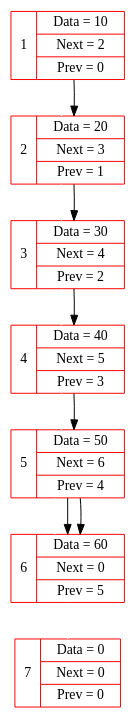
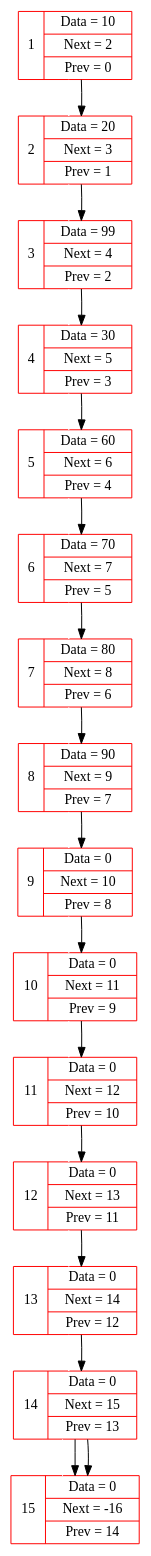
One commit to vktr-ktzv/My_List changed the diagram in example2.dot. Above: the diagram before and after it, drawn with Graphviz. The commit also changed 6 other files, not shown here.

```diff
--- a/example2.dot
+++ b/example2.dot
@@ -1,25 +1,50 @@
 digraph DUMP { 
  node [shape=record, color = "red"]
 ;1[label = "{1}|{Data = 10| Next = 2| Prev = 0}"];
 2[label = "{2}|{Data = 20| Next = 3| Prev = 1}"];
-3[label = "{3}|{Data = 30| Next = 4| Prev = 2}"];
-4[label = "{4}|{Data = 40| Next = 5| Prev = 3}"];
-5[label = "{5}|{Data = 50| Next = 6| Prev = 4}"];
-6[label = "{6}|{Data = 60| Next = 0| Prev = 5}"];
-7[label = "{7}|{Data = 0| Next = 0| Prev = 0}"];
+3[label = "{3}|{Data = 99| Next = 4| Prev = 2}"];
+4[label = "{4}|{Data = 30| Next = 5| Prev = 3}"];
+5[label = "{5}|{Data = 60| Next = 6| Prev = 4}"];
+6[label = "{6}|{Data = 70| Next = 7| Prev = 5}"];
+7[label = "{7}|{Data = 80| Next = 8| Prev = 6}"];
+8[label = "{8}|{Data = 90| Next = 9| Prev = 7}"];
+9[label = "{9}|{Data = 0| Next = 10| Prev = 8}"];
+10[label = "{10}|{Data = 0| Next = 11| Prev = 9}"];
+11[label = "{11}|{Data = 0| Next = 12| Prev = 10}"];
+12[label = "{12}|{Data = 0| Next = 13| Prev = 11}"];
+13[label = "{13}|{Data = 0| Next = 14| Prev = 12}"];
+14[label = "{14}|{Data = 0| Next = 15| Prev = 13}"];
+15[label = "{15}|{Data = 0| Next = -16| Prev = 14}"];
 edge [color="white"]
  1->2; 
  2->3; 
  3->4; 
  4->5; 
  5->6; 
  6->7; 
+ 7->8; 
+ 8->9; 
+ 9->10; 
+ 10->11; 
+ 11->12; 
+ 12->13; 
+ 13->14; 
+ 14->15; 
  edge [color="black"]
 1->2;
 2->3;
 3->4;
 4->5;
 5->6;
-5->6;
+6->7;
+7->8;
+8->9;
+9->10;
+10->11;
+11->12;
+12->13;
+13->14;
+14->15;
+14->15;
 
 }
```
